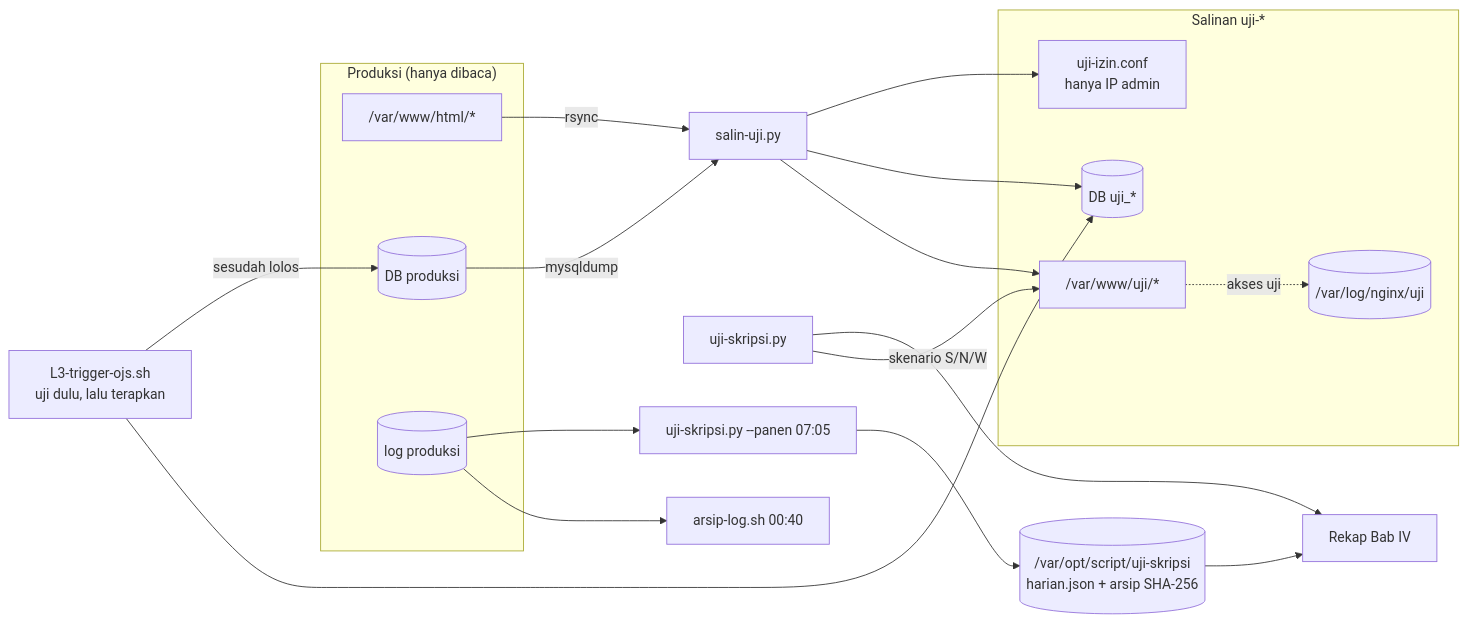
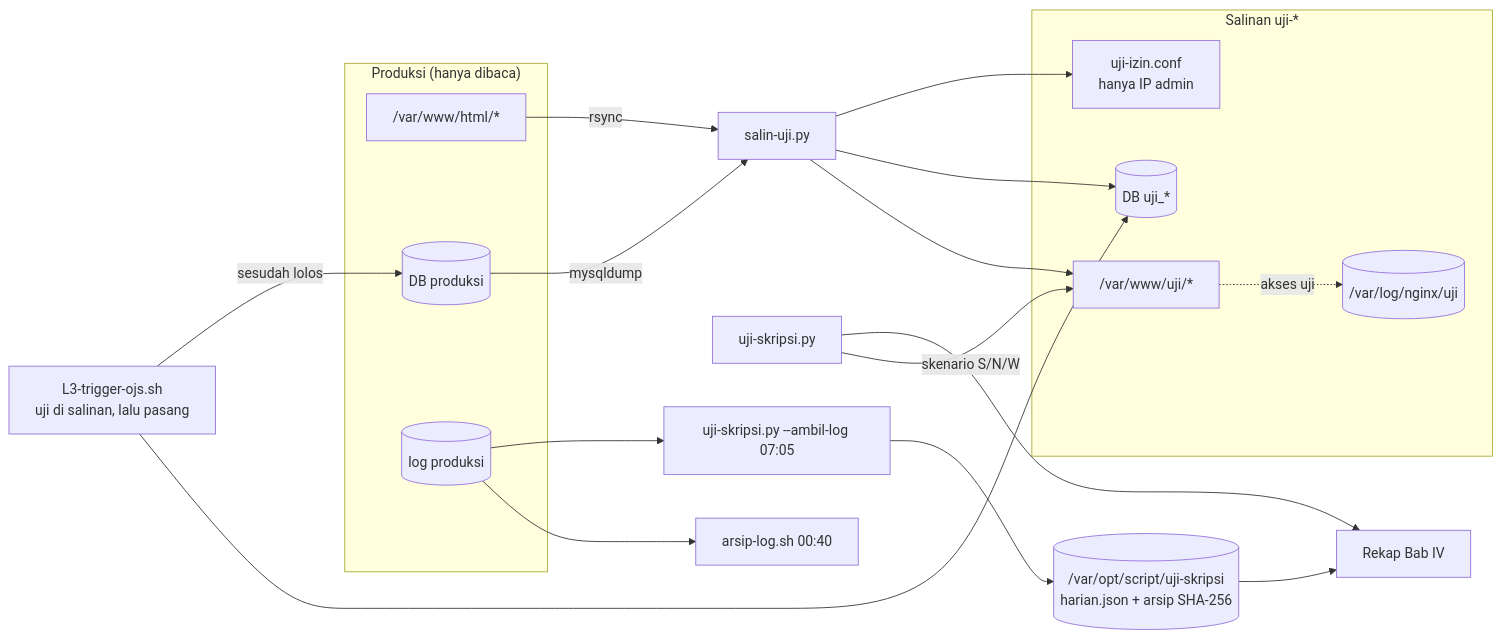
The fifth of 5 diagrams in STRUKTUR.md (muhammadandykmaulana/lab-reproduksi), drawn with Mermaid before and after one commit. The commit also changed other lines of this file and 120 other files, not shown here.

````diff
--- a/STRUKTUR.md
+++ b/STRUKTUR.md
@@ -297,34 +298,34 @@
 ```mermaid
 flowchart LR
   subgraph PROD["Produksi (hanya dibaca)"]
     W["/var/www/html/*"]
     D[("DB produksi")]
     PL[("log produksi")]
   end
   SU["salin-uji.py"]
   subgraph UJI["Salinan uji-*"]
     UW["/var/www/uji/*"]
     UD[("DB uji_*")]
     UL[("/var/log/nginx/uji")]
     IZ["uji-izin.conf<br/>hanya IP admin"]
   end
-  L3["L3-trigger-ojs.sh<br/>uji dulu, lalu terapkan"]
+  L3["L3-trigger-ojs.sh<br/>uji di salinan, lalu pasang"]
   US["uji-skripsi.py"]
   AR["arsip-log.sh 00:40"]
-  PN["uji-skripsi.py --panen 07:05"]
+  PN["uji-skripsi.py --ambil-log 07:05"]
   DATA[("/var/opt/script/uji-skripsi<br/>harian.json + arsip SHA-256")]
   BAB4["Rekap Bab IV"]
 
   W -- rsync --> SU
   D -- mysqldump --> SU
   SU --> UW
   SU --> UD
   SU --> IZ
   UW -. "akses uji" .-> UL
   L3 --> UD
   L3 -- "sesudah lolos" --> D
   US -- "skenario S/N/W" --> UW
   PL --> AR
   PL --> PN --> DATA --> BAB4
   US --> BAB4
 ```
````
